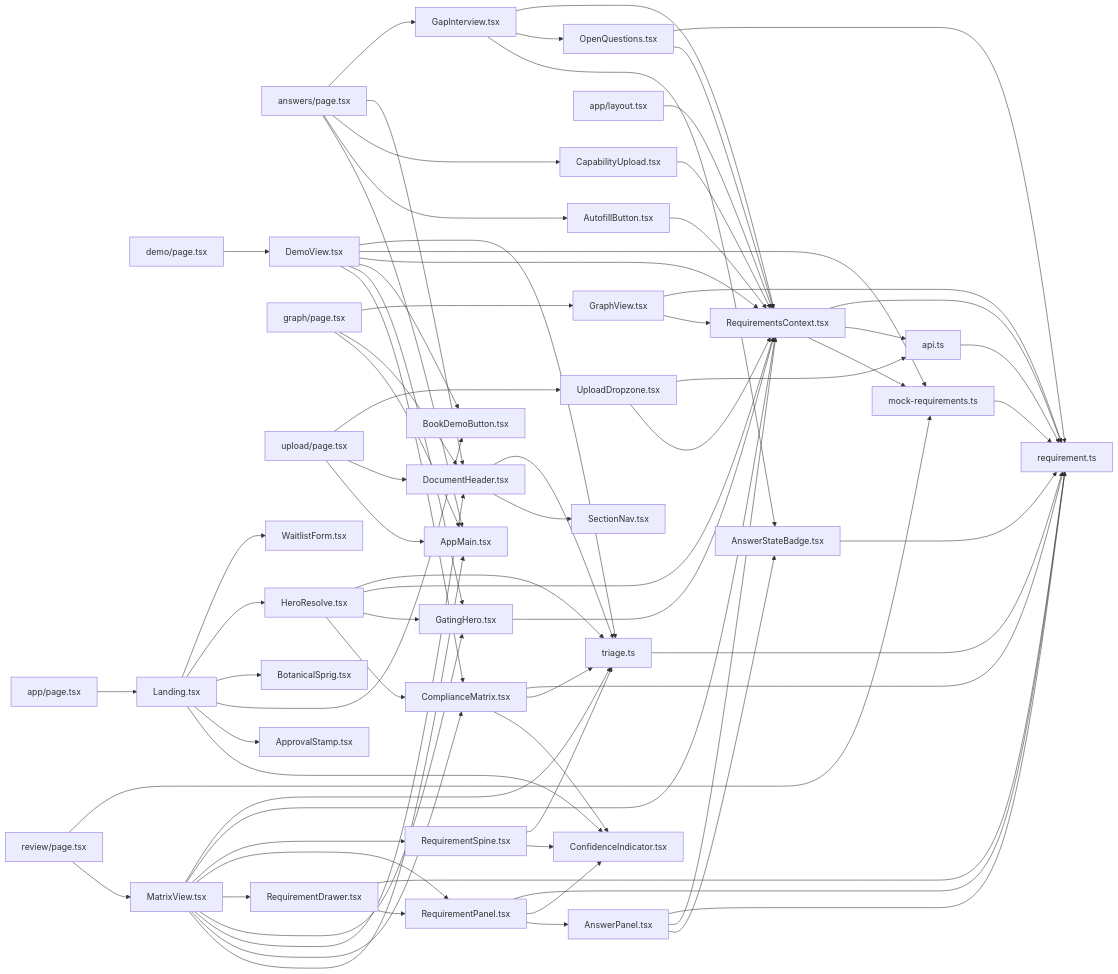
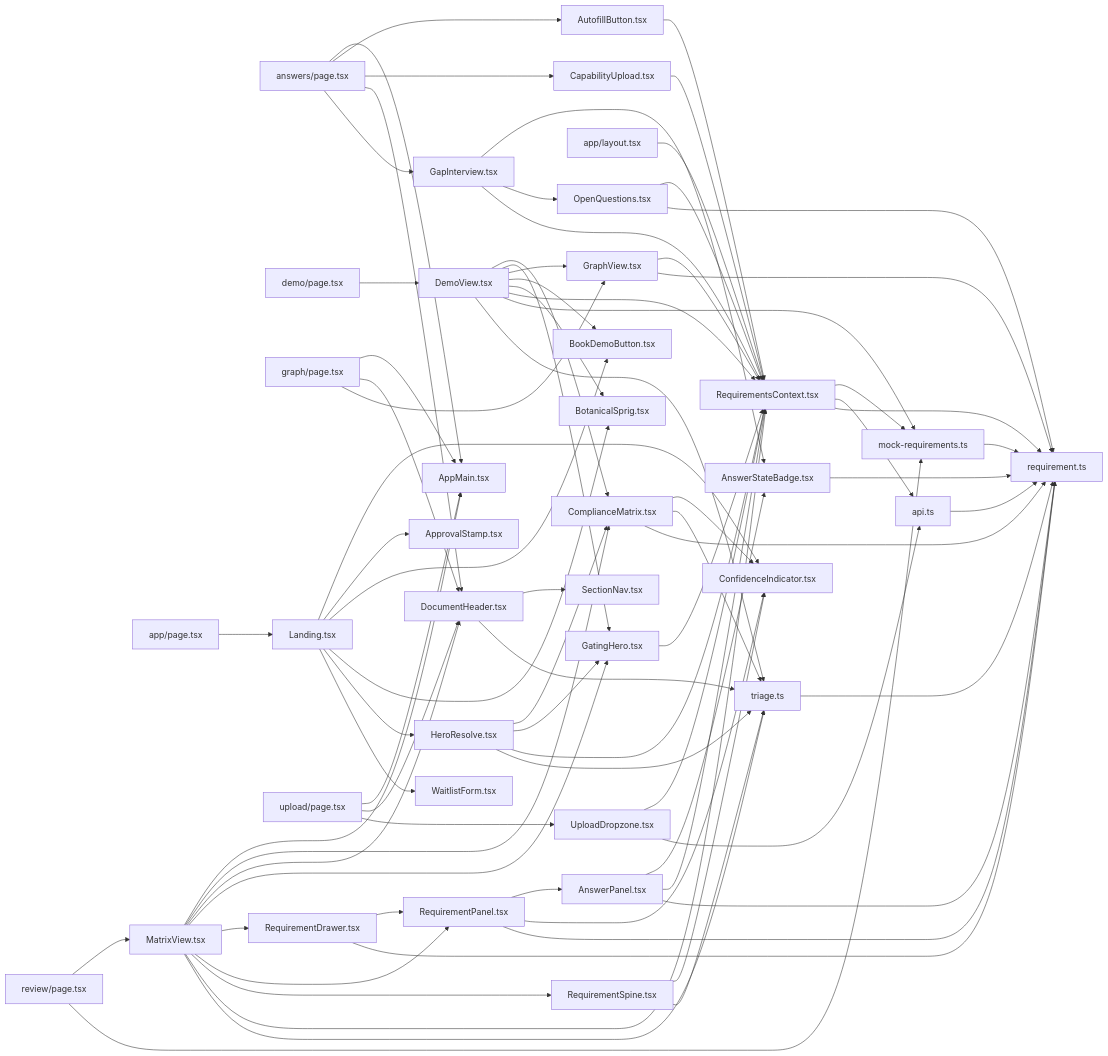
Before and after one commit to Welddevelopment/Bidframe: the second of 3 diagrams in CODEMAP.md, drawn with Mermaid. The commit also changed other lines of this file and 2 other files, not shown here.

Commit message:
frontend: dress up /demo in the civic-record hi-fi + add annotated graph
DemoView restyled to match the hi-fi landing: paper-grid page, grainy raised
sheets (surface-grain + --depth-sheet), forest botanical sprigs, staggered
hero-enter reveals, an ink-band closing CTA + footer, dark-tone Book-a-demo.
Added the relationship GraphView below the read-only worklist with three
annotation cards (deal-breakers lit oxblood, mapped to award criteria,
dependencies drawn). Matrix stays frozen (no-op + pointer-events-none). Build +
lint green; codemap refreshed.

````diff
--- a/CODEMAP.md
+++ b/CODEMAP.md
@@ -43,78 +43,80 @@
 ```mermaid
 graph LR
   n0[answers/page.tsx] --> n1[AppMain.tsx]
   n0[answers/page.tsx] --> n2[AutofillButton.tsx]
   n0[answers/page.tsx] --> n3[CapabilityUpload.tsx]
   n0[answers/page.tsx] --> n4[DocumentHeader.tsx]
   n0[answers/page.tsx] --> n5[GapInterview.tsx]
   n6[demo/page.tsx] --> n7[DemoView.tsx]
   n8[graph/page.tsx] --> n1[AppMain.tsx]
   n8[graph/page.tsx] --> n4[DocumentHeader.tsx]
   n8[graph/page.tsx] --> n9[GraphView.tsx]
   n10[app/layout.tsx] --> n11[RequirementsContext.tsx]
   n12[app/page.tsx] --> n13[Landing.tsx]
   n14[review/page.tsx] --> n15[MatrixView.tsx]
   n14[review/page.tsx] --> n16[mock-requirements.ts]
   n17[upload/page.tsx] --> n1[AppMain.tsx]
   n17[upload/page.tsx] --> n4[DocumentHeader.tsx]
   n17[upload/page.tsx] --> n18[UploadDropzone.tsx]
   n19[AnswerPanel.tsx] --> n20[AnswerStateBadge.tsx]
   n19[AnswerPanel.tsx] --> n11[RequirementsContext.tsx]
   n19[AnswerPanel.tsx] --> n21[requirement.ts]
   n20[AnswerStateBadge.tsx] --> n21[requirement.ts]
   n2[AutofillButton.tsx] --> n11[RequirementsContext.tsx]
   n3[CapabilityUpload.tsx] --> n11[RequirementsContext.tsx]
   n22[ComplianceMatrix.tsx] --> n23[ConfidenceIndicator.tsx]
   n22[ComplianceMatrix.tsx] --> n24[triage.ts]
   n22[ComplianceMatrix.tsx] --> n21[requirement.ts]
   n7[DemoView.tsx] --> n22[ComplianceMatrix.tsx]
   n7[DemoView.tsx] --> n25[GatingHero.tsx]
+  n7[DemoView.tsx] --> n9[GraphView.tsx]
   n7[DemoView.tsx] --> n26[BookDemoButton.tsx]
+  n7[DemoView.tsx] --> n27[BotanicalSprig.tsx]
   n7[DemoView.tsx] --> n11[RequirementsContext.tsx]
   n7[DemoView.tsx] --> n16[mock-requirements.ts]
   n7[DemoView.tsx] --> n24[triage.ts]
-  n4[DocumentHeader.tsx] --> n27[SectionNav.tsx]
+  n4[DocumentHeader.tsx] --> n28[SectionNav.tsx]
   n4[DocumentHeader.tsx] --> n24[triage.ts]
   n5[GapInterview.tsx] --> n20[AnswerStateBadge.tsx]
-  n5[GapInterview.tsx] --> n28[OpenQuestions.tsx]
+  n5[GapInterview.tsx] --> n29[OpenQuestions.tsx]
   n5[GapInterview.tsx] --> n11[RequirementsContext.tsx]
   n25[GatingHero.tsx] --> n11[RequirementsContext.tsx]
   n9[GraphView.tsx] --> n11[RequirementsContext.tsx]
   n9[GraphView.tsx] --> n21[requirement.ts]
   n15[MatrixView.tsx] --> n1[AppMain.tsx]
   n15[MatrixView.tsx] --> n22[ComplianceMatrix.tsx]
   n15[MatrixView.tsx] --> n4[DocumentHeader.tsx]
   n15[MatrixView.tsx] --> n25[GatingHero.tsx]
-  n15[MatrixView.tsx] --> n29[RequirementDrawer.tsx]
-  n15[MatrixView.tsx] --> n30[RequirementPanel.tsx]
-  n15[MatrixView.tsx] --> n31[RequirementSpine.tsx]
+  n15[MatrixView.tsx] --> n30[RequirementDrawer.tsx]
+  n15[MatrixView.tsx] --> n31[RequirementPanel.tsx]
+  n15[MatrixView.tsx] --> n32[RequirementSpine.tsx]
   n15[MatrixView.tsx] --> n11[RequirementsContext.tsx]
   n15[MatrixView.tsx] --> n24[triage.ts]
-  n28[OpenQuestions.tsx] --> n11[RequirementsContext.tsx]
-  n28[OpenQuestions.tsx] --> n21[requirement.ts]
-  n29[RequirementDrawer.tsx] --> n30[RequirementPanel.tsx]
-  n29[RequirementDrawer.tsx] --> n21[requirement.ts]
-  n30[RequirementPanel.tsx] --> n19[AnswerPanel.tsx]
-  n30[RequirementPanel.tsx] --> n23[ConfidenceIndicator.tsx]
-  n30[RequirementPanel.tsx] --> n21[requirement.ts]
-  n31[RequirementSpine.tsx] --> n23[ConfidenceIndicator.tsx]
-  n31[RequirementSpine.tsx] --> n24[triage.ts]
+  n29[OpenQuestions.tsx] --> n11[RequirementsContext.tsx]
+  n29[OpenQuestions.tsx] --> n21[requirement.ts]
+  n30[RequirementDrawer.tsx] --> n31[RequirementPanel.tsx]
+  n30[RequirementDrawer.tsx] --> n21[requirement.ts]
+  n31[RequirementPanel.tsx] --> n19[AnswerPanel.tsx]
+  n31[RequirementPanel.tsx] --> n23[ConfidenceIndicator.tsx]
+  n31[RequirementPanel.tsx] --> n21[requirement.ts]
+  n32[RequirementSpine.tsx] --> n23[ConfidenceIndicator.tsx]
+  n32[RequirementSpine.tsx] --> n24[triage.ts]
   n18[UploadDropzone.tsx] --> n11[RequirementsContext.tsx]
-  n18[UploadDropzone.tsx] --> n32[api.ts]
-  n33[HeroResolve.tsx] --> n22[ComplianceMatrix.tsx]
-  n33[HeroResolve.tsx] --> n25[GatingHero.tsx]
-  n33[HeroResolve.tsx] --> n11[RequirementsContext.tsx]
-  n33[HeroResolve.tsx] --> n24[triage.ts]
+  n18[UploadDropzone.tsx] --> n33[api.ts]
+  n34[HeroResolve.tsx] --> n22[ComplianceMatrix.tsx]
+  n34[HeroResolve.tsx] --> n25[GatingHero.tsx]
+  n34[HeroResolve.tsx] --> n11[RequirementsContext.tsx]
+  n34[HeroResolve.tsx] --> n24[triage.ts]
   n13[Landing.tsx] --> n23[ConfidenceIndicator.tsx]
-  n13[Landing.tsx] --> n34[ApprovalStamp.tsx]
+  n13[Landing.tsx] --> n35[ApprovalStamp.tsx]
   n13[Landing.tsx] --> n26[BookDemoButton.tsx]
-  n13[Landing.tsx] --> n35[BotanicalSprig.tsx]
-  n13[Landing.tsx] --> n33[HeroResolve.tsx]
+  n13[Landing.tsx] --> n27[BotanicalSprig.tsx]
+  n13[Landing.tsx] --> n34[HeroResolve.tsx]
   n13[Landing.tsx] --> n36[WaitlistForm.tsx]
   n11[RequirementsContext.tsx] --> n16[mock-requirements.ts]
-  n11[RequirementsContext.tsx] --> n32[api.ts]
+  n11[RequirementsContext.tsx] --> n33[api.ts]
   n11[RequirementsContext.tsx] --> n21[requirement.ts]
   n16[mock-requirements.ts] --> n21[requirement.ts]
-  n32[api.ts] --> n21[requirement.ts]
+  n33[api.ts] --> n21[requirement.ts]
   n24[triage.ts] --> n21[requirement.ts]
 ```
````
